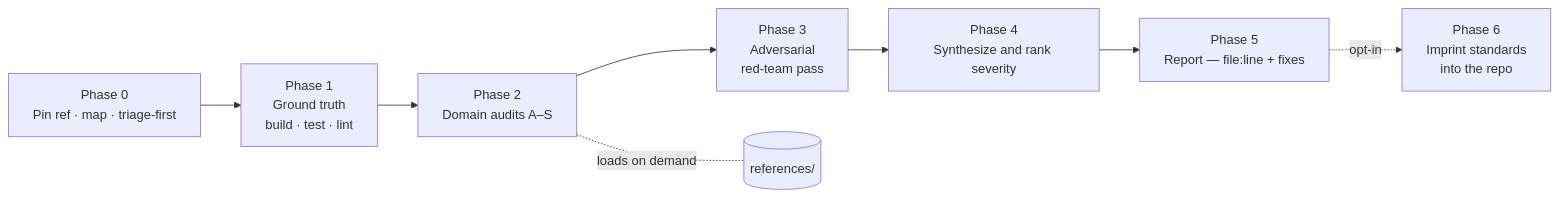
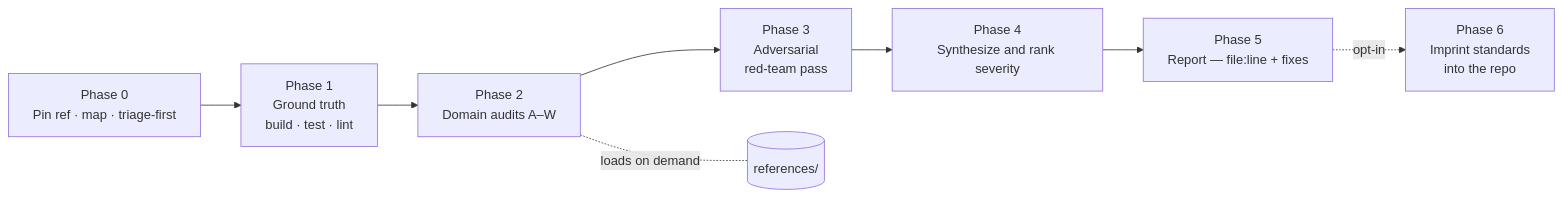
One commit to remigiusz-antczak/deep-code-review changed the second of 2 diagrams in README.md. Above: the diagram before and after it, drawn with Mermaid. The commit also changed other lines of this file and 13 other files, not shown here.

````diff
--- a/README.md
+++ b/README.md
@@ -192,10 +192,10 @@
 ```mermaid
 flowchart LR
   P0["Phase 0<br/>Pin ref · map · triage-first"] --> P1["Phase 1<br/>Ground truth<br/>build · test · lint"]
-  P1 --> P2["Phase 2<br/>Domain audits A–S"]
+  P1 --> P2["Phase 2<br/>Domain audits A–W"]
   P2 --> P3["Phase 3<br/>Adversarial<br/>red-team pass"]
   P3 --> P4["Phase 4<br/>Synthesize and rank severity"]
   P4 --> P5["Phase 5<br/>Report — file:line + fixes"]
   P5 -.opt-in.-> P6["Phase 6<br/>Imprint standards<br/>into the repo"]
   P2 -. loads on demand .- R[("references/")]
 ```
````
